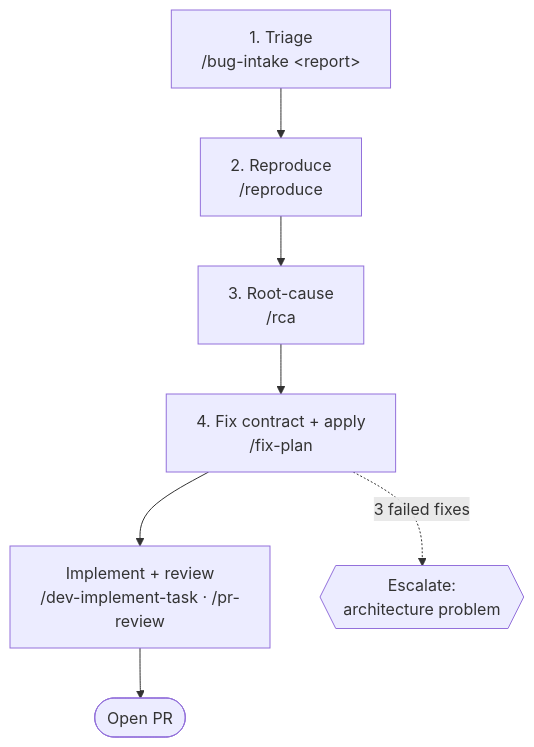
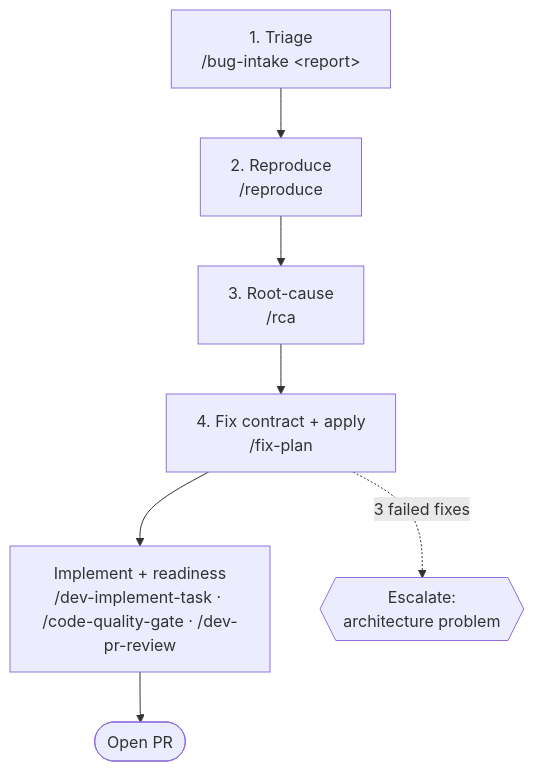
The third of 3 diagrams in docs/phase-command-map.md (Ryan-Thurman/agent-toolbelt), drawn with Mermaid before and after one commit. The commit also changed other lines of this file and 130 other files, not shown here.

Commit message:
feat: add React quality and anti-slop review gates (#41)

````diff
--- a/docs/phase-command-map.md
+++ b/docs/phase-command-map.md
@@ -102,11 +102,11 @@
 ```mermaid
 flowchart TD
     B1["1. Triage<br/>/bug-intake &lt;report&gt;"]
     B2["2. Reproduce<br/>/reproduce"]
     B3["3. Root-cause<br/>/rca"]
     B4["4. Fix contract + apply<br/>/fix-plan"]
-    B5["Implement + review<br/>/dev-implement-task · /pr-review"]
+    B5["Implement + readiness<br/>/dev-implement-task · /code-quality-gate · /dev-pr-review"]
 
     B1 --> B2 --> B3 --> B4 --> B5 --> PR([Open PR])
     B4 -.->|3 failed fixes| ARCH{{"Escalate:<br/>architecture problem"}}
 ```
````
